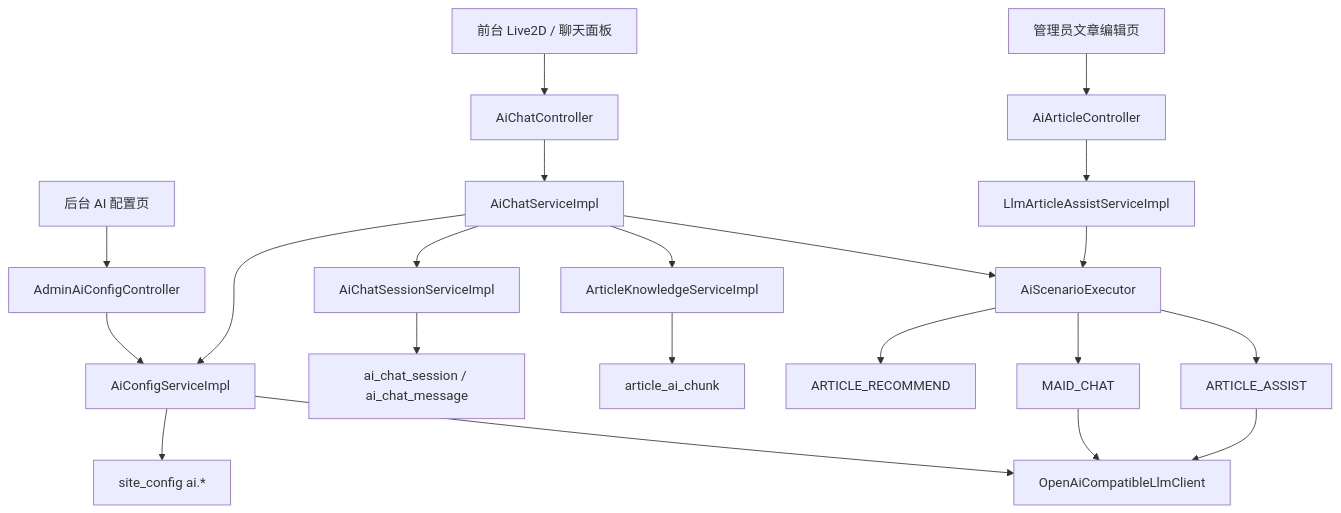
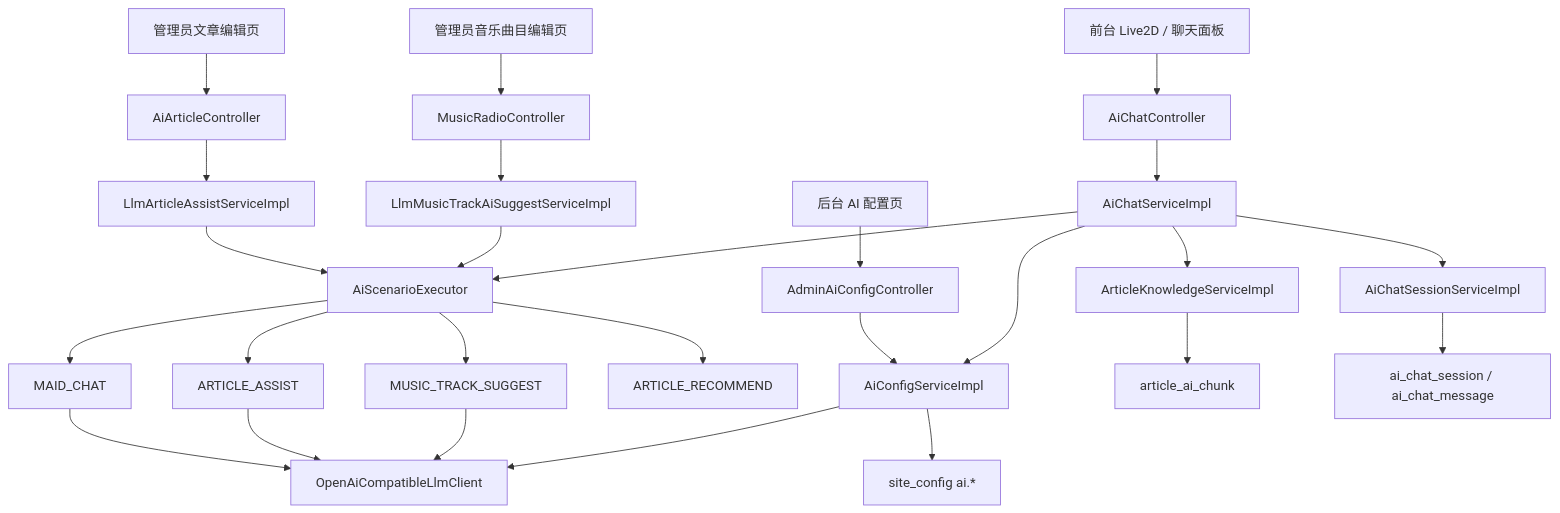
Before and after one commit to lightreet/Chen404Bac: the diagram in doc/architecture/项目AI接入设计.md, drawn with Mermaid. The commit also changed other lines of this file and 7 other files, not shown here.

````diff
--- a/doc/architecture/项目AI接入设计.md
+++ b/doc/architecture/项目AI接入设计.md
@@ -20,29 +21,34 @@
 ```mermaid
 flowchart TB
     ArticleEditor["管理员文章编辑页"] --> ArticleApi["AiArticleController"]
+    MusicEditor["管理员音乐曲目编辑页"] --> MusicApi["MusicRadioController"]
     Live2D["前台 Live2D / 聊天面板"] --> ChatApi["AiChatController"]
     Admin["后台 AI 配置页"] --> AdminApi["AdminAiConfigController"]
 
     ArticleApi --> ArticleService["LlmArticleAssistServiceImpl"]
+    MusicApi --> MusicService["LlmMusicTrackAiSuggestServiceImpl"]
     ChatApi --> ChatService["AiChatServiceImpl"]
     AdminApi --> ConfigService["AiConfigServiceImpl"]
 
     ArticleService --> Executor["AiScenarioExecutor"]
+    MusicService --> Executor
     ChatService --> Executor
 
     Executor --> Assist["ARTICLE_ASSIST"]
     Executor --> Maid["MAID_CHAT"]
     Executor --> Recommend["ARTICLE_RECOMMEND"]
+    Executor --> MusicSuggest["MUSIC_TRACK_SUGGEST"]
 
     Maid --> Llm["OpenAiCompatibleLlmClient"]
     Assist --> Llm
+    MusicSuggest --> Llm
     ConfigService --> Llm
 
     ChatService --> Knowledge["ArticleKnowledgeServiceImpl"]
     ChatService --> Session["AiChatSessionServiceImpl"]
     ChatService --> ConfigService
 
     Knowledge --> Chunk["article_ai_chunk"]
     Session --> ChatDb["ai_chat_session / ai_chat_message"]
     ConfigService --> SiteConfig["site_config ai.*"]
 ```
````
